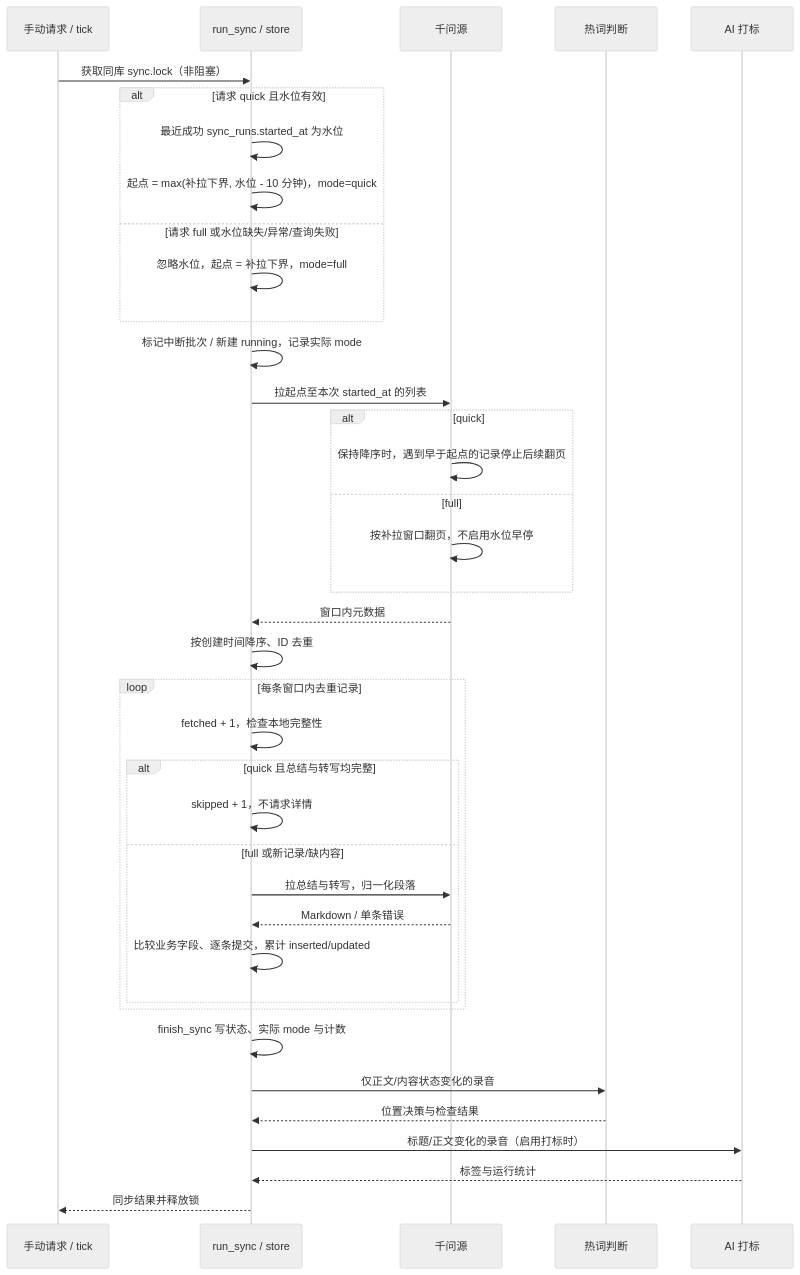
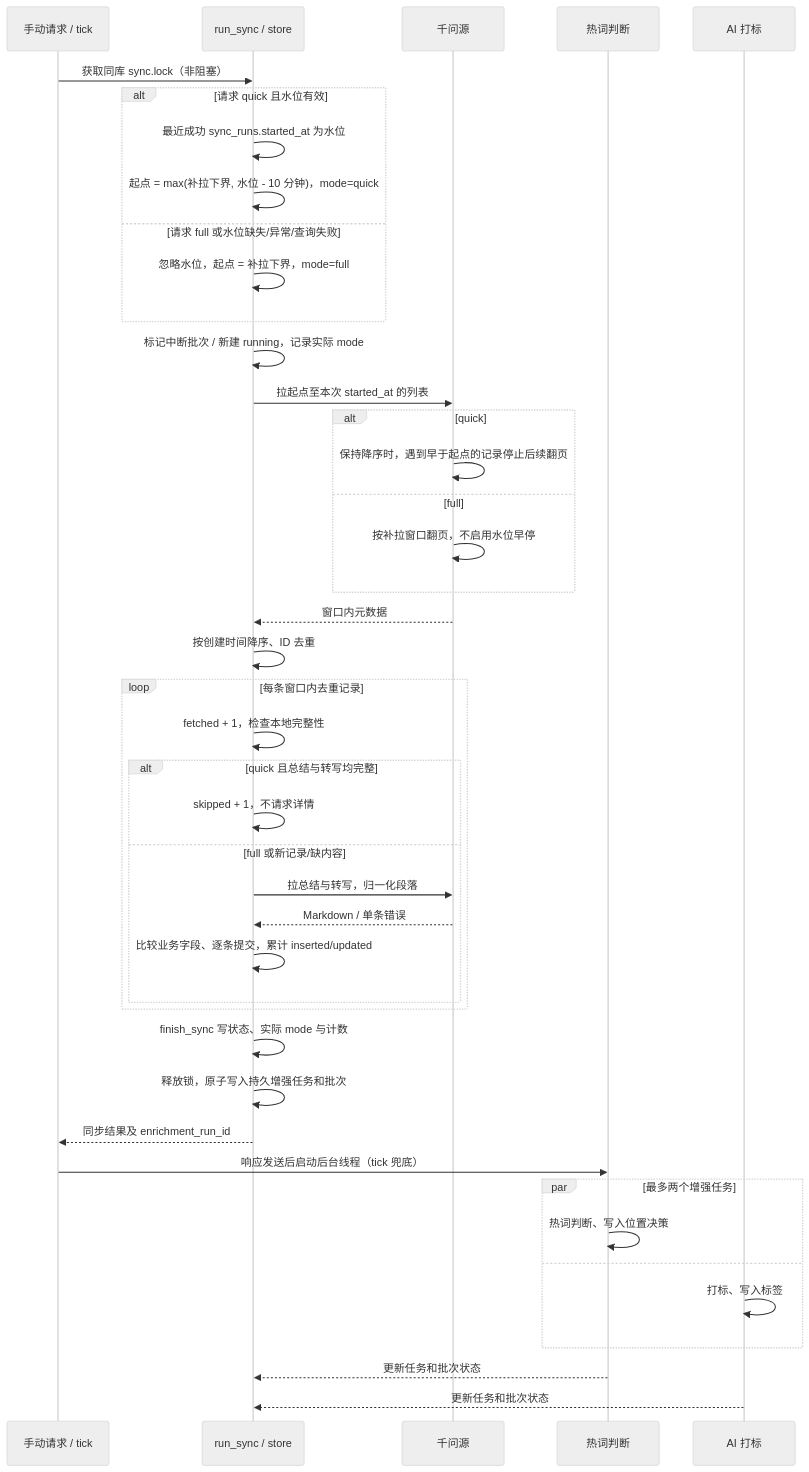
One commit to xumingkai989-hub/qwennote-admin changed the second of 2 diagrams in docs/ARCHITECTURE.md. Above: the diagram before and after it, drawn with Mermaid (neutral theme). The commit also changed other lines of this file and 33 other files, not shown here.

````diff
--- a/docs/ARCHITECTURE.md
+++ b/docs/ARCHITECTURE.md
@@ -80,40 +81,45 @@
 ```mermaid
 sequenceDiagram
     participant C as 手动请求 / tick
     participant S as run_sync / store
     participant Q as 千问源
     participant H as 热词判断
     participant A as AI 打标
     C->>S: 获取同库 sync.lock（非阻塞）
     alt 请求 quick 且水位有效
         S->>S: 最近成功 sync_runs.started_at 为水位
         S->>S: 起点 = max(补拉下界, 水位 - 10 分钟)，mode=quick
     else 请求 full 或水位缺失/异常/查询失败
         S->>S: 忽略水位，起点 = 补拉下界，mode=full
     end
     S->>S: 标记中断批次 / 新建 running，记录实际 mode
     S->>Q: 拉起点至本次 started_at 的列表
     alt quick
         Q->>Q: 保持降序时，遇到早于起点的记录停止后续翻页
     else full
         Q->>Q: 按补拉窗口翻页，不启用水位早停
     end
     Q-->>S: 窗口内元数据
     S->>S: 按创建时间降序、ID 去重
     loop 每条窗口内去重记录
         S->>S: fetched + 1，检查本地完整性
         alt quick 且总结与转写均完整
             S->>S: skipped + 1，不请求详情
         else full 或新记录/缺内容
             S->>Q: 拉总结与转写，归一化段落
             Q-->>S: Markdown / 单条错误
             S->>S: 比较业务字段、逐条提交，累计 inserted/updated
         end
     end
     S->>S: finish_sync 写状态、实际 mode 与计数
-    S->>H: 仅正文/内容状态变化的录音
-    H-->>S: 位置决策与检查结果
-    S->>A: 标题/正文变化的录音（启用打标时）
-    A-->>S: 标签与运行统计
-    S-->>C: 同步结果并释放锁
+    S->>S: 释放锁，原子写入持久增强任务和批次
+    S-->>C: 同步结果及 enrichment_run_id
+    C->>H: 响应发送后启动后台线程（tick 兜底）
+    par 最多两个增强任务
+        H->>H: 热词判断、写入位置决策
+    and
+        A->>A: 打标、写入标签
+    end
+    H-->>S: 更新任务和批次状态
+    A-->>S: 更新任务和批次状态
 ```
````
